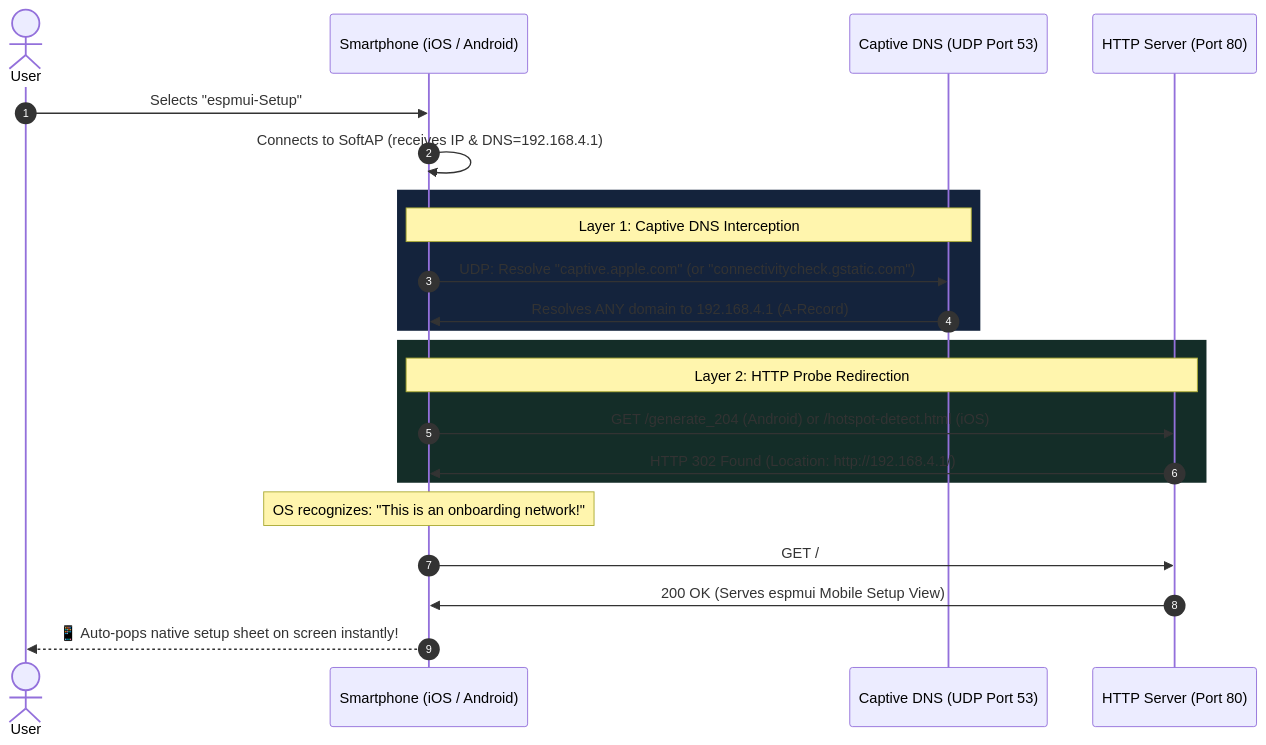
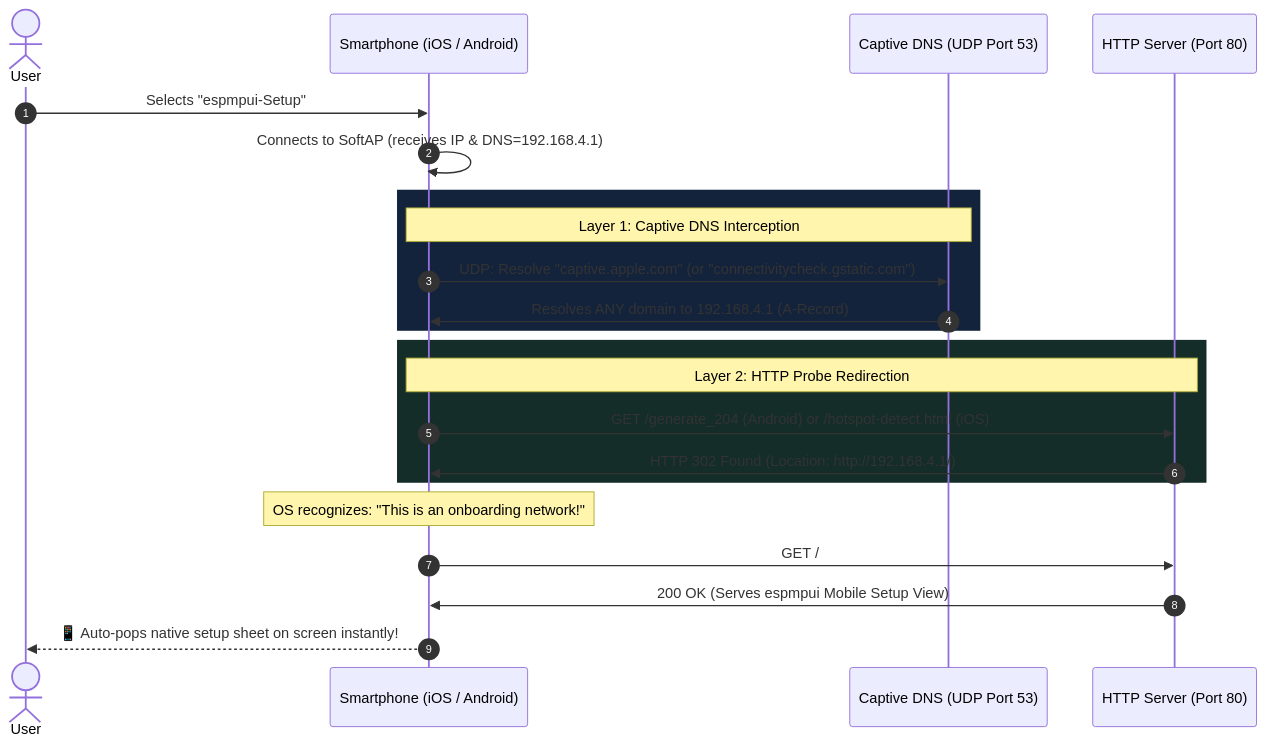
The second of 7 diagrams in docs/FEATURES.md (csseeker/espmpui), drawn with Mermaid before and after one commit. The commit also changed other lines of this file and 41 other files, not shown here.

Commit message:
refactor: rename project package from espmui to espmpui

````diff
--- a/docs/FEATURES.md
+++ b/docs/FEATURES.md
@@ -77,28 +77,28 @@
 ```mermaid
 sequenceDiagram
     autonumber
     actor User
     participant Phone as Smartphone (iOS / Android)
     participant DNS as Captive DNS (UDP Port 53)
     participant HTTP as HTTP Server (Port 80)
 
-    User->>Phone: Selects "espmui-Setup"
+    User->>Phone: Selects "espmpui-Setup"
     Phone->>Phone: Connects to SoftAP (receives IP & DNS=192.168.4.1)
     
     rect rgb(20, 35, 60)
     Note over Phone,DNS: Layer 1: Captive DNS Interception
     Phone->>DNS: UDP: Resolve "captive.apple.com" (or "connectivitycheck.gstatic.com")
     DNS->>Phone: Resolves ANY domain to 192.168.4.1 (A-Record)
     end
 
     rect rgb(20, 45, 40)
     Note over Phone,HTTP: Layer 2: HTTP Probe Redirection
     Phone->>HTTP: GET /generate_204 (Android) or /hotspot-detect.html (iOS)
     HTTP->>Phone: HTTP 302 Found (Location: http://192.168.4.1/)
     end
 
     Note over Phone: OS recognizes: "This is an onboarding network!"
     Phone->>HTTP: GET /
-    HTTP->>Phone: 200 OK (Serves espmui Mobile Setup View)
+    HTTP->>Phone: 200 OK (Serves espmpui Mobile Setup View)
     Phone-->>User: 📱 Auto-pops native setup sheet on screen instantly!
 ```
````
